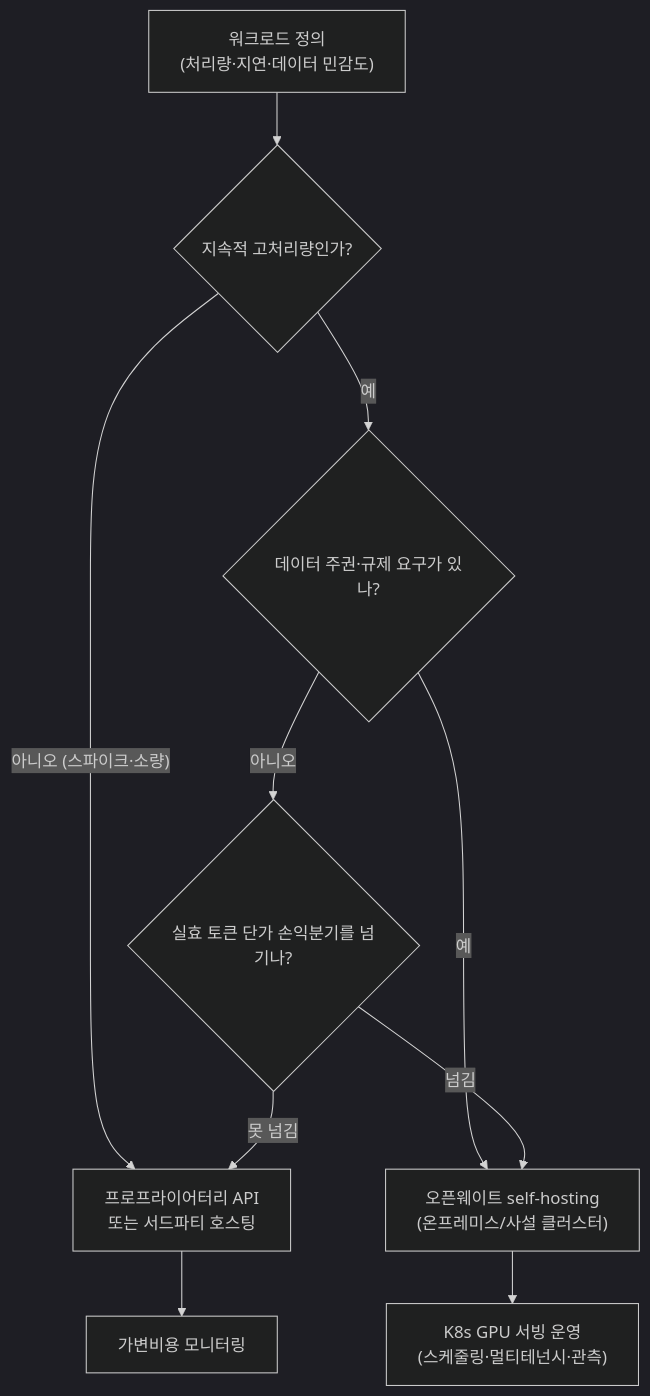
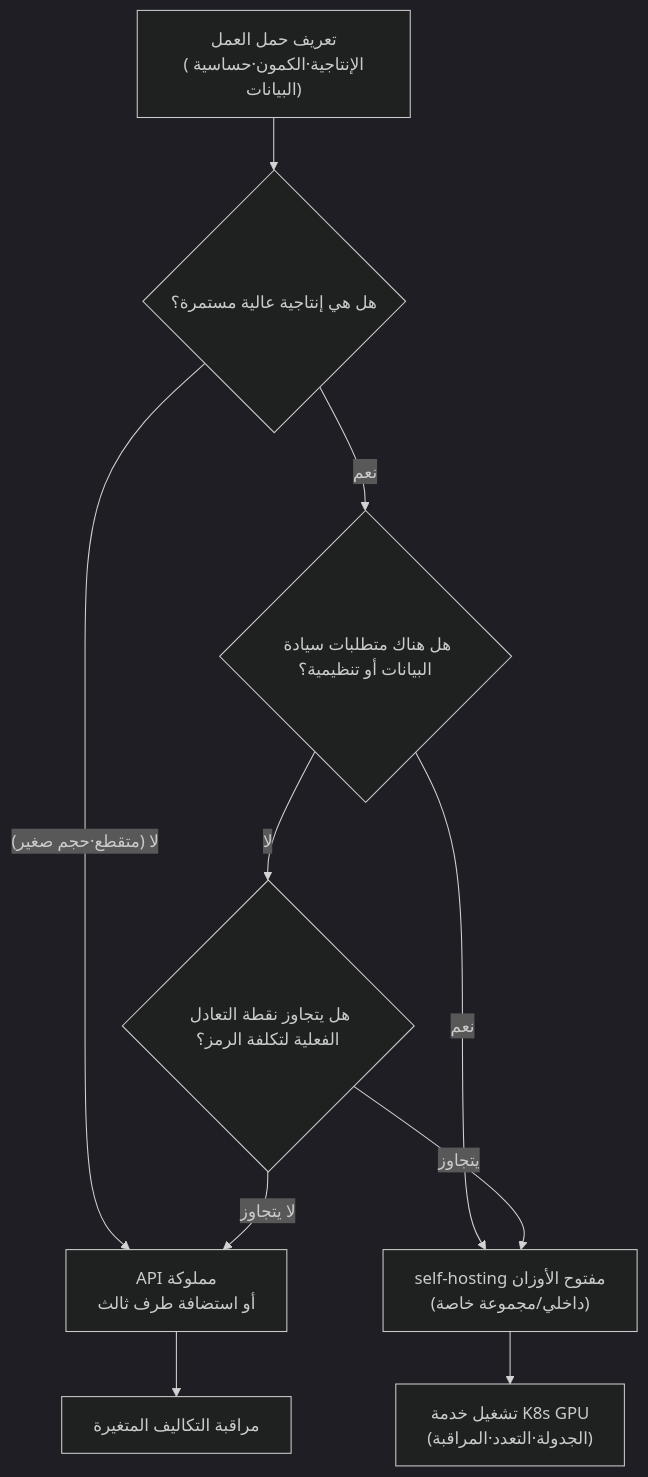
The diagram in _posts/ar/llmops/2026-06-29-open-weight-self-hosting-economics-2026.md (ThakiCloud/thakicloud.github.io), drawn with Mermaid (dark theme) before and after one commit. The commit also changed 21 other files, not shown here.

First line of the commit message:
fix(blog): translate mermaid labels to post language (en/ar)

````diff
--- a/_posts/ar/llmops/2026-06-29-open-weight-self-hosting-economics-2026.md
+++ b/_posts/ar/llmops/2026-06-29-open-weight-self-hosting-economics-2026.md
@@ -63,12 +63,12 @@
 ```mermaid
 flowchart TD
-    A["워크로드 정의<br/>(처리량·지연·데이터 민감도)"] --> B{"지속적 고처리량인가?"}
-    B -->|"아니오 (스파이크·소량)"| C["프로프라이어터리 API<br/>또는 서드파티 호스팅"]
-    B -->|"예"| D{"데이터 주권·규제 요구가 있나?"}
-    D -->|"예"| E["오픈웨이트 self-hosting<br/>(온프레미스/사설 클러스터)"]
-    D -->|"아니오"| F{"실효 토큰 단가 손익분기를 넘기나?"}
-    F -->|"넘김"| E
-    F -->|"못 넘김"| C
-    E --> G["K8s GPU 서빙 운영<br/>(스케줄링·멀티테넌시·관측)"]
-    C --> H["가변비용 모니터링"]
+    A["تعريف حمل العمل<br/>(الإنتاجية·الكمون·حساسية البيانات)"] --> B{"هل هي إنتاجية عالية مستمرة؟"}
+    B -->|"لا (متقطع·حجم صغير)"| C["API مملوكة<br/>أو استضافة طرف ثالث"]
+    B -->|"نعم"| D{"هل هناك متطلبات سيادة البيانات أو تنظيمية؟"}
+    D -->|"نعم"| E["self-hosting مفتوح الأوزان<br/>(داخلي/مجموعة خاصة)"]
+    D -->|"لا"| F{"هل يتجاوز نقطة التعادل الفعلية لتكلفة الرمز؟"}
+    F -->|"يتجاوز"| E
+    F -->|"لا يتجاوز"| C
+    E --> G["تشغيل خدمة K8s GPU<br/>(الجدولة·التعدد·المراقبة)"]
+    C --> H["مراقبة التكاليف المتغيرة"]
 ```
````
